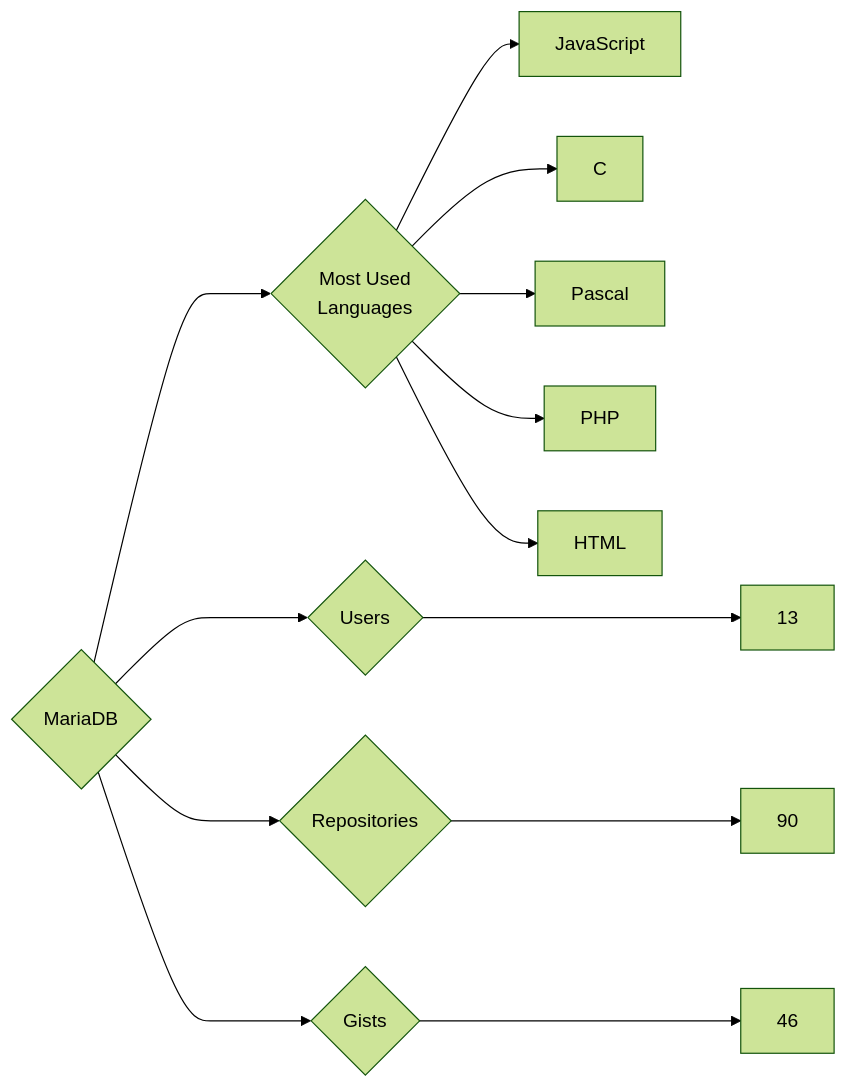
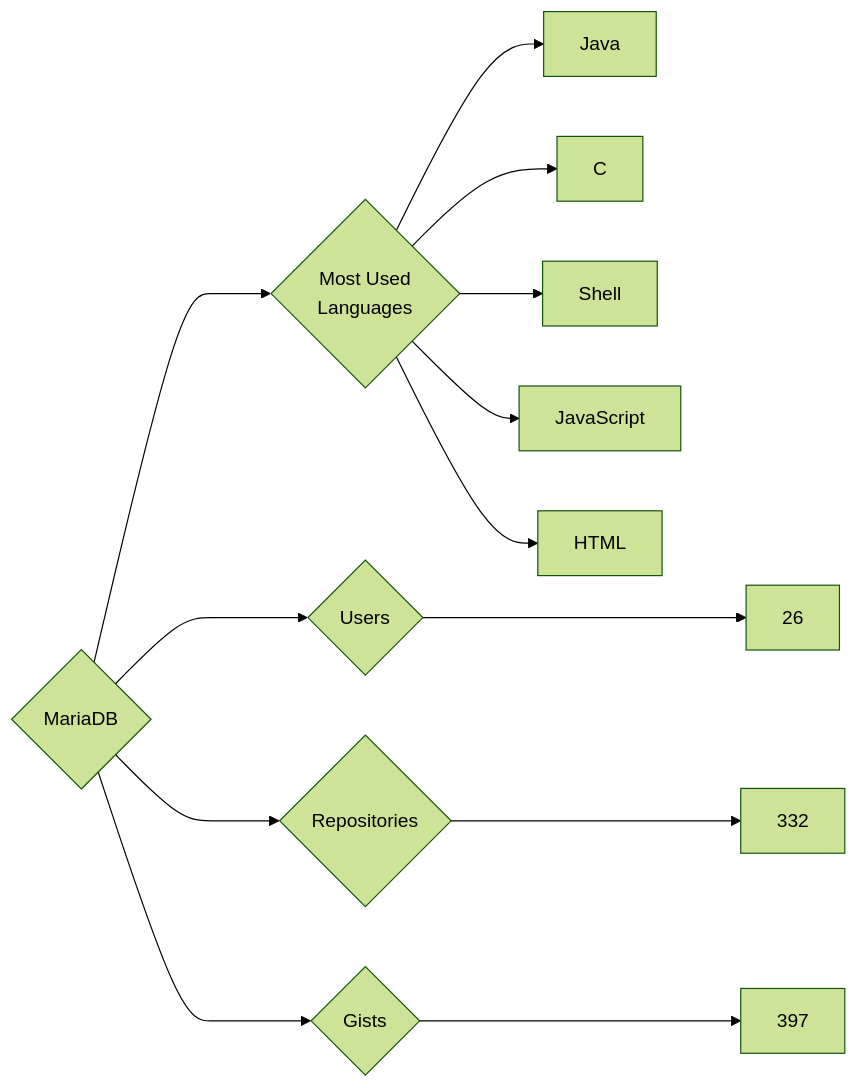
One commit to trickest/insiders changed the diagram in targets/MariaDB/README.md. Above: the diagram before and after it, drawn with Mermaid (forest theme). The commit also changed 748 other files, not shown here.

````diff
--- a/targets/MariaDB/README.md
+++ b/targets/MariaDB/README.md
@@ -3,13 +3,13 @@
 ```mermaid
 graph LR
 COMPANY_NAME{MariaDB}
-COMPANY_NAME ---> U{Users} ---> UN[13]
-COMPANY_NAME ---> R{Repositories} ---> RN[90]
-COMPANY_NAME ---> G{Gists} ---> GN[46]
+COMPANY_NAME ---> U{Users} ---> UN[26]
+COMPANY_NAME ---> R{Repositories} ---> RN[332]
+COMPANY_NAME ---> G{Gists} ---> GN[397]
 COMPANY_NAME ---> ML{Most Used<br>Languages}
+ML --> Java[Java]
+ML --> C[C]
+ML --> Shell[Shell]
 ML --> JavaScript[JavaScript]
-ML --> C[C]
-ML --> Pascal[Pascal]
-ML --> PHP[PHP]
 ML --> HTML[HTML]
 ```
````
